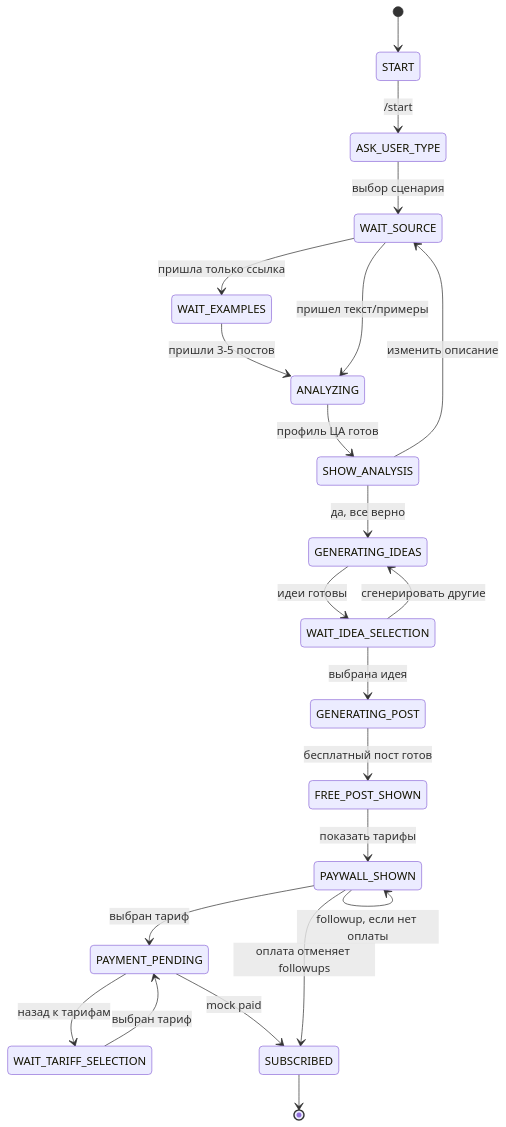
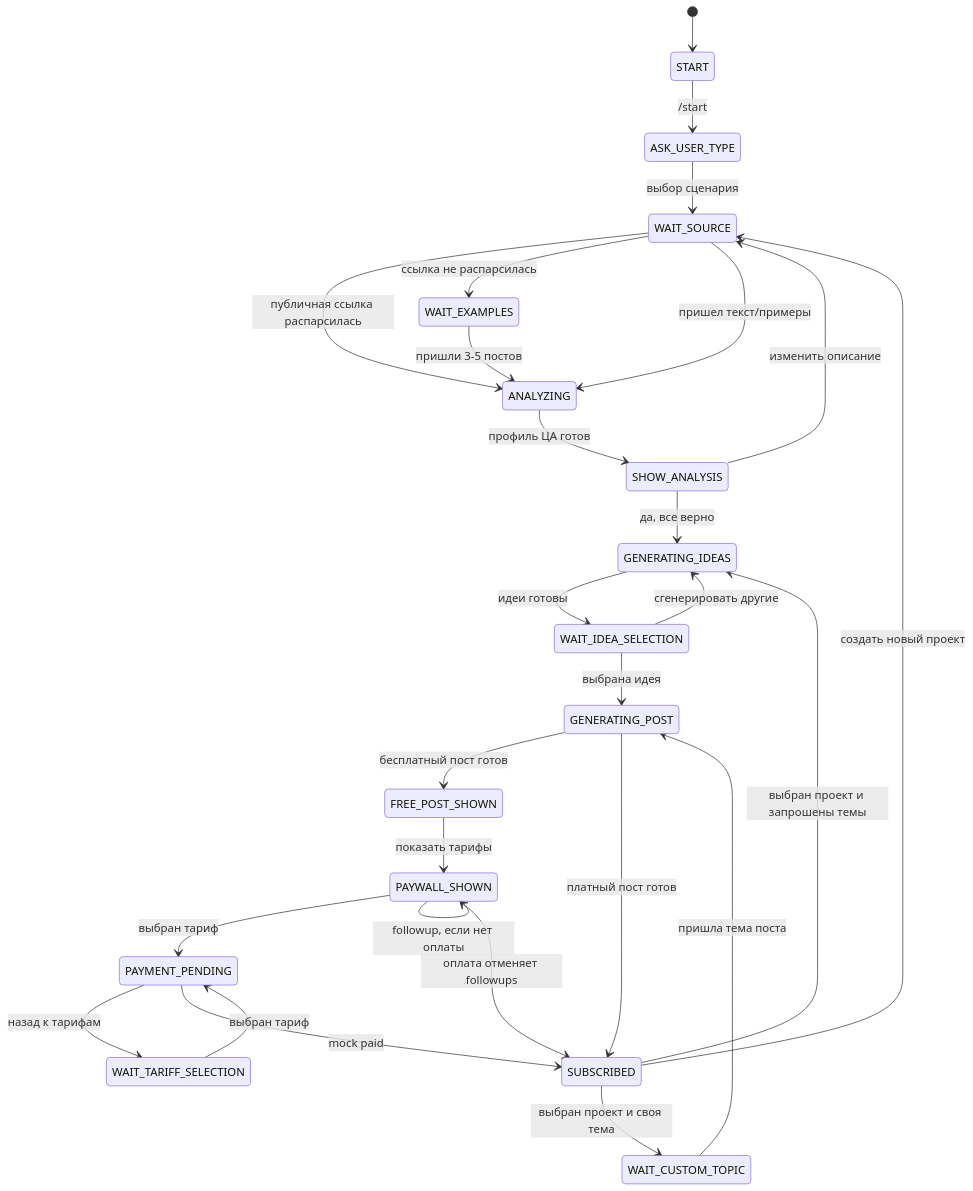
Before and after one commit to ilya-kkk/post_writter_bot: the diagram in README.md, drawn with Mermaid. The commit also changed other lines of this file and 32 other files, not shown here.

First line of the commit message:
feat: enhance job enqueueing with timeout settings for analyze, ideas, and post generation

````diff
--- a/README.md
+++ b/README.md
@@ -76,31 +132,36 @@
 ```mermaid
 stateDiagram-v2
     [*] --> START
     START --> ASK_USER_TYPE: /start
     ASK_USER_TYPE --> WAIT_SOURCE: выбор сценария
 
-    WAIT_SOURCE --> WAIT_EXAMPLES: пришла только ссылка
+    WAIT_SOURCE --> ANALYZING: публичная ссылка распарсилась
+    WAIT_SOURCE --> WAIT_EXAMPLES: ссылка не распарсилась
     WAIT_EXAMPLES --> ANALYZING: пришли 3-5 постов
     WAIT_SOURCE --> ANALYZING: пришел текст/примеры
 
     ANALYZING --> SHOW_ANALYSIS: профиль ЦА готов
     SHOW_ANALYSIS --> WAIT_SOURCE: изменить описание
     SHOW_ANALYSIS --> GENERATING_IDEAS: да, все верно
 
     GENERATING_IDEAS --> WAIT_IDEA_SELECTION: идеи готовы
     WAIT_IDEA_SELECTION --> GENERATING_IDEAS: сгенерировать другие
     WAIT_IDEA_SELECTION --> GENERATING_POST: выбрана идея
 
     GENERATING_POST --> FREE_POST_SHOWN: бесплатный пост готов
     FREE_POST_SHOWN --> PAYWALL_SHOWN: показать тарифы
 
     PAYWALL_SHOWN --> PAYMENT_PENDING: выбран тариф
     PAYWALL_SHOWN --> PAYWALL_SHOWN: хочу еще 1 пост
     PAYMENT_PENDING --> WAIT_TARIFF_SELECTION: назад к тарифам
     WAIT_TARIFF_SELECTION --> PAYMENT_PENDING: выбран тариф
     PAYMENT_PENDING --> SUBSCRIBED: mock paid
 
     PAYWALL_SHOWN --> PAYWALL_SHOWN: followup, если нет оплаты
     PAYWALL_SHOWN --> SUBSCRIBED: оплата отменяет followups
-    SUBSCRIBED --> [*]
+    SUBSCRIBED --> WAIT_SOURCE: создать новый проект
+    SUBSCRIBED --> GENERATING_IDEAS: выбран проект и запрошены темы
+    SUBSCRIBED --> WAIT_CUSTOM_TOPIC: выбран проект и своя тема
+    WAIT_CUSTOM_TOPIC --> GENERATING_POST: пришла тема поста
+    GENERATING_POST --> SUBSCRIBED: платный пост готов
 ```
````
